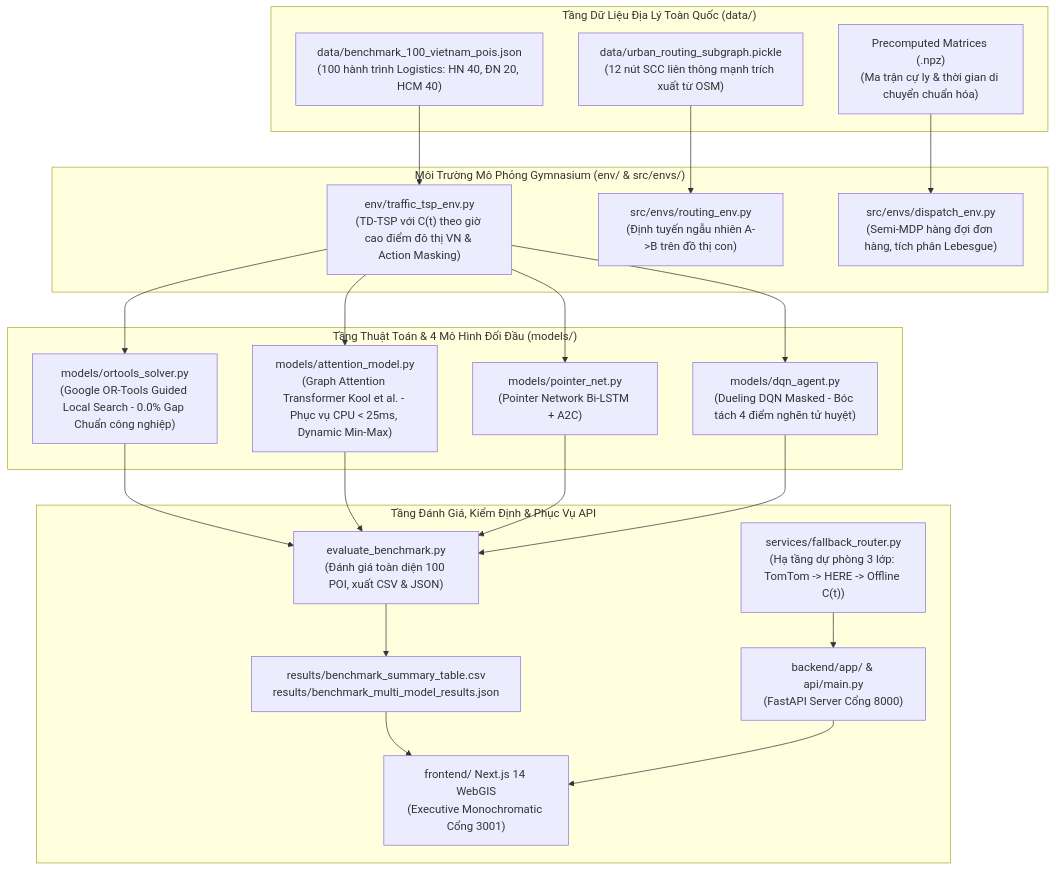
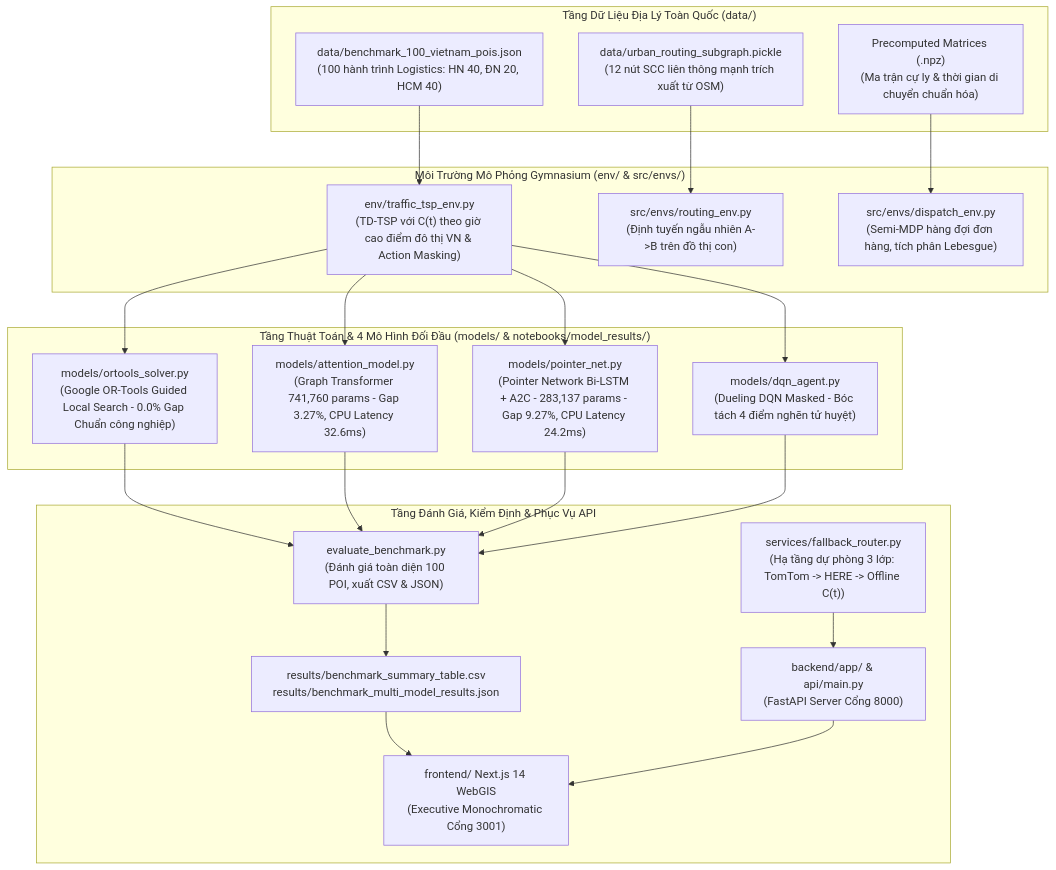
Before and after one commit to philipsgn/HotWAY: the diagram in ARCHITECTURE.md, drawn with Mermaid. The commit also changed other lines of this file and 4 other files, not shown here.

Commit message:
docs(nco): complete comprehensive evaluation of Kaggle-trained AM vs PointerNet and normalize model_results

````diff
--- a/ARCHITECTURE.md
+++ b/ARCHITECTURE.md
@@ -12,43 +12,43 @@
 ```mermaid
 flowchart TD
     subgraph S1["Tầng Dữ Liệu Địa Lý Toàn Quốc (data/)"]
         Bench["data/benchmark_100_vietnam_pois.json\n(100 hành trình Logistics: HN 40, ĐN 20, HCM 40)"]
         UrbanGraph["data/urban_routing_subgraph.pickle\n(12 nút SCC liên thông mạnh trích xuất từ OSM)"]
         MatPre["Precomputed Matrices (.npz)\n(Ma trận cự ly & thời gian di chuyển chuẩn hóa)"]
     end
 
     subgraph S2["Môi Trường Mô Phỏng Gymnasium (env/ & src/envs/)"]
         T_TSP["env/traffic_tsp_env.py\n(TD-TSP với C(t) theo giờ cao điểm đô thị VN & Action Masking)"]
         R_Env["src/envs/routing_env.py\n(Định tuyến ngẫu nhiên A->B trên đồ thị con)"]
         D_Env["src/envs/dispatch_env.py\n(Semi-MDP hàng đợi đơn hàng, tích phân Lebesgue)"]
         
         Bench --> T_TSP
         UrbanGraph --> R_Env
         MatPre --> D_Env
     end
 
-    subgraph S3["Tầng Thuật Toán & 4 Mô Hình Đối Đầu (models/)"]
+    subgraph S3["Tầng Thuật Toán & 4 Mô Hình Đối Đầu (models/ & notebooks/model_results/)"]
         ORTools["models/ortools_solver.py\n(Google OR-Tools Guided Local Search - 0.0% Gap Chuẩn công nghiệp)"]
-        AM["models/attention_model.py\n(Graph Attention Transformer Kool et al. - Phục vụ CPU < 25ms, Dynamic Min-Max)"]
-        PtrNet["models/pointer_net.py\n(Pointer Network Bi-LSTM + A2C)"]
+        AM["models/attention_model.py\n(Graph Transformer 741,760 params - Gap 3.27%, CPU Latency 32.6ms)"]
+        PtrNet["models/pointer_net.py\n(Pointer Network Bi-LSTM + A2C - 283,137 params - Gap 9.27%, CPU Latency 24.2ms)"]
         DQN["models/dqn_agent.py\n(Dueling DQN Masked - Bóc tách 4 điểm nghẽn tử huyệt)"]
         
         T_TSP --> ORTools
         T_TSP --> AM
         T_TSP --> PtrNet
         T_TSP --> DQN
     end
 
     subgraph S4["Tầng Đánh Giá, Kiểm Định & Phục Vụ API"]
         BenchEval["evaluate_benchmark.py\n(Đánh giá toàn diện 100 POI, xuất CSV & JSON)"]
         Fallback["services/fallback_router.py\n(Hạ tầng dự phòng 3 lớp: TomTom -> HERE -> Offline C(t))"]
         FastAPI["backend/app/ & api/main.py\n(FastAPI Server Cổng 8000)"]
         NextUI["frontend/ Next.js 14 WebGIS\n(Executive Monochromatic Cổng 3001)"]
         
         ORTools & AM & PtrNet & DQN --> BenchEval
         BenchEval --> Results["results/benchmark_summary_table.csv\nresults/benchmark_multi_model_results.json"]
         Results --> NextUI
         Fallback --> FastAPI
         FastAPI --> NextUI
     end
 ```
````
